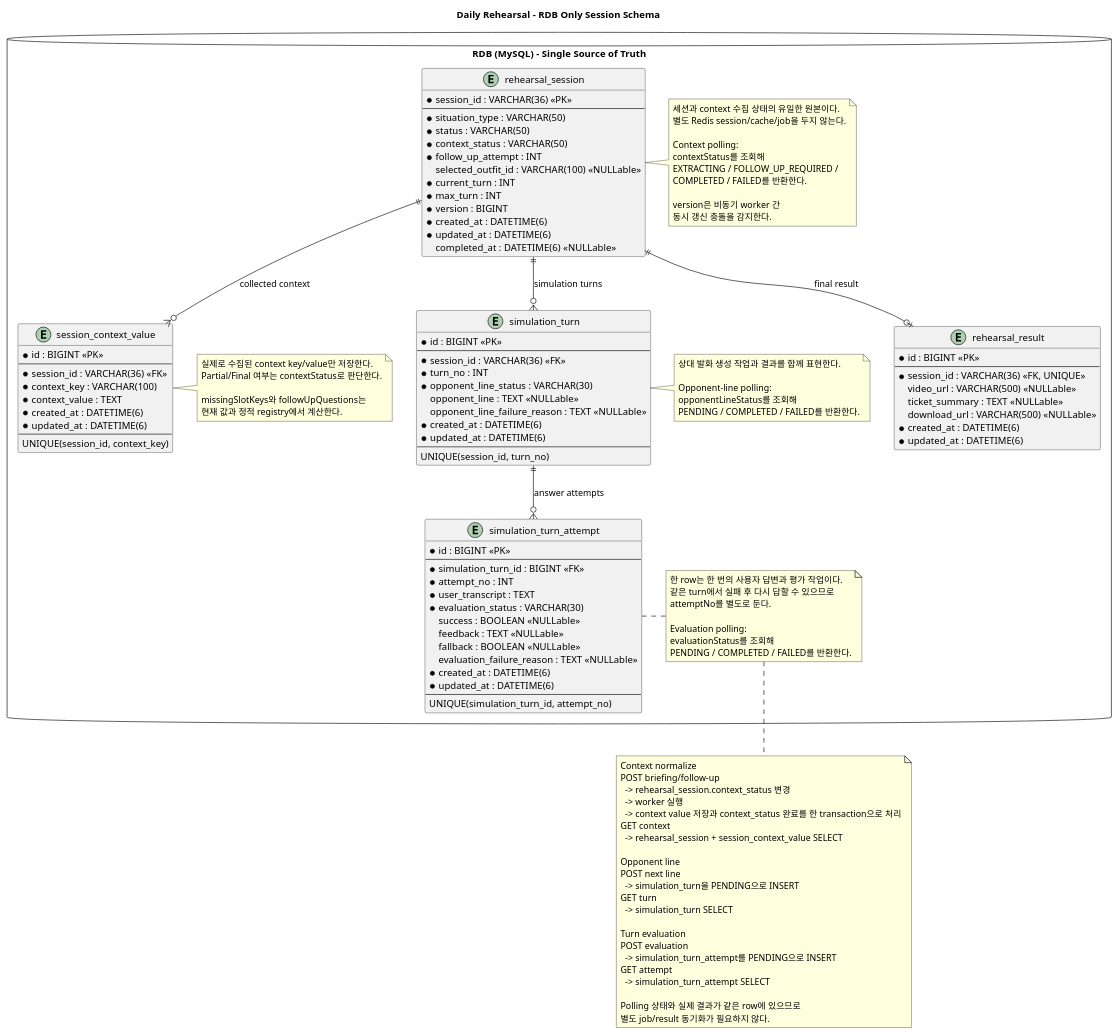
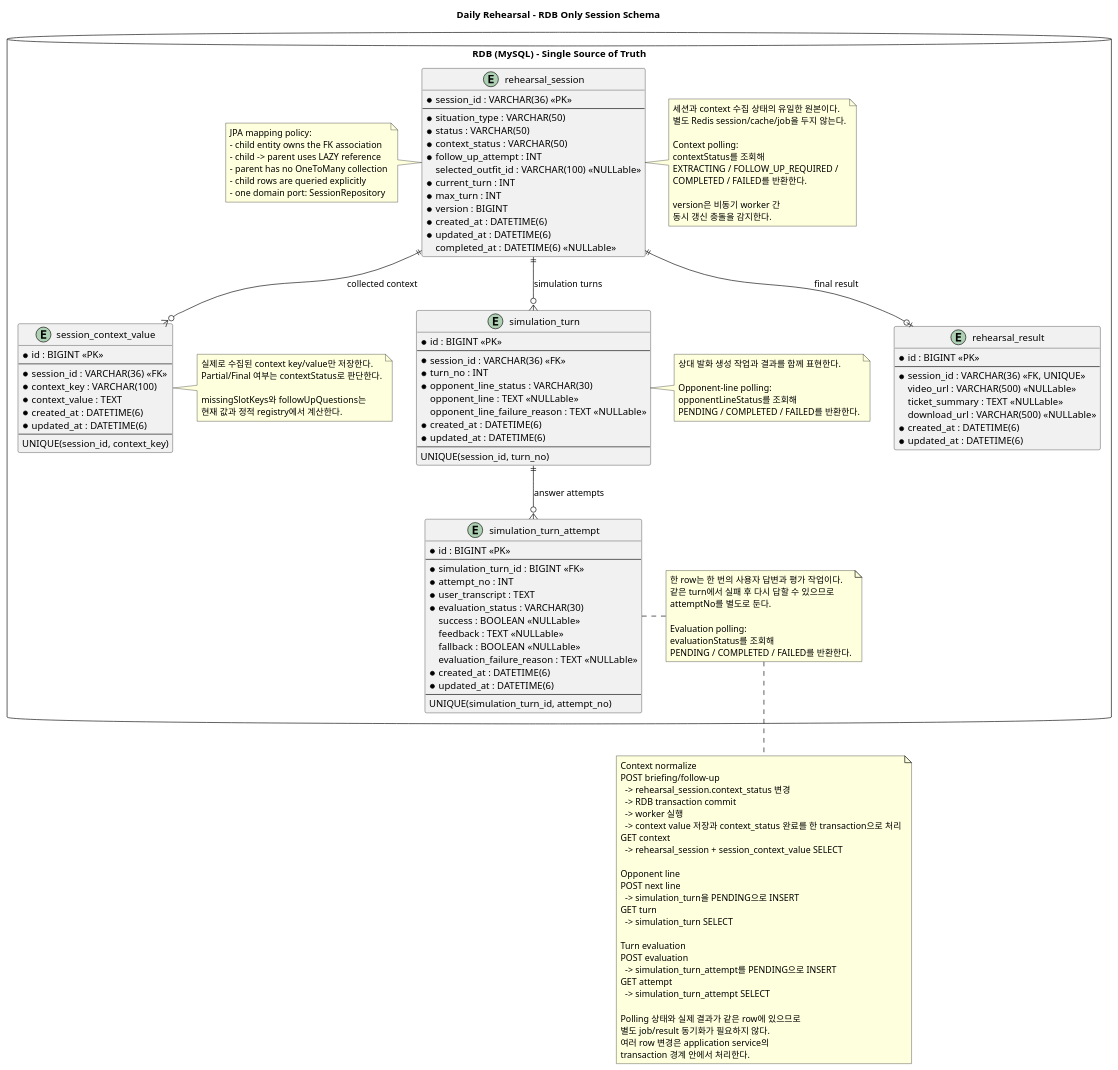
The diagram in backend/rehearsal-modules/docs/erd/session.puml (fhdnwlqkd/daily-rehearsal), drawn with PlantUML before and after one commit. The commit also changed 4 other files, not shown here.

```diff
--- a/backend/rehearsal-modules/docs/erd/session.puml
+++ b/backend/rehearsal-modules/docs/erd/session.puml
@@ -1,149 +1,161 @@
 @startuml
 title Daily Rehearsal - RDB Only Session Schema
 
 hide methods
 hide stereotypes
 
 package "RDB (MySQL) - Single Source of Truth" <<Database>> {
 
   entity "rehearsal_session" as session {
     * session_id : VARCHAR(36) <<PK>>
     --
     * situation_type : VARCHAR(50)
     * status : VARCHAR(50)
     * context_status : VARCHAR(50)
     * follow_up_attempt : INT
     selected_outfit_id : VARCHAR(100) <<NULLable>>
     * current_turn : INT
     * max_turn : INT
     * version : BIGINT
     * created_at : DATETIME(6)
     * updated_at : DATETIME(6)
     completed_at : DATETIME(6) <<NULLable>>
   }
 
   entity "session_context_value" as context_value {
     * id : BIGINT <<PK>>
     --
     * session_id : VARCHAR(36) <<FK>>
     * context_key : VARCHAR(100)
     * context_value : TEXT
     * created_at : DATETIME(6)
     * updated_at : DATETIME(6)
     --
     UNIQUE(session_id, context_key)
   }
 
   entity "simulation_turn" as turn {
     * id : BIGINT <<PK>>
     --
     * session_id : VARCHAR(36) <<FK>>
     * turn_no : INT
     * opponent_line_status : VARCHAR(30)
     opponent_line : TEXT <<NULLable>>
     opponent_line_failure_reason : TEXT <<NULLable>>
     * created_at : DATETIME(6)
     * updated_at : DATETIME(6)
     --
     UNIQUE(session_id, turn_no)
   }
 
   entity "simulation_turn_attempt" as turn_attempt {
     * id : BIGINT <<PK>>
     --
     * simulation_turn_id : BIGINT <<FK>>
     * attempt_no : INT
     * user_transcript : TEXT
     * evaluation_status : VARCHAR(30)
     success : BOOLEAN <<NULLable>>
     feedback : TEXT <<NULLable>>
     fallback : BOOLEAN <<NULLable>>
     evaluation_failure_reason : TEXT <<NULLable>>
     * created_at : DATETIME(6)
     * updated_at : DATETIME(6)
     --
     UNIQUE(simulation_turn_id, attempt_no)
   }
 
   entity "rehearsal_result" as result {
     * id : BIGINT <<PK>>
     --
     * session_id : VARCHAR(36) <<FK, UNIQUE>>
     video_url : VARCHAR(500) <<NULLable>>
     ticket_summary : TEXT <<NULLable>>
     download_url : VARCHAR(500) <<NULLable>>
     * created_at : DATETIME(6)
     * updated_at : DATETIME(6)
   }
 
   session ||--o{ context_value : "collected context"
   session ||--o{ turn : "simulation turns"
   turn ||--o{ turn_attempt : "answer attempts"
   session ||--o| result : "final result"
 
   note right of session
     세션과 context 수집 상태의 유일한 원본이다.
     별도 Redis session/cache/job을 두지 않는다.
 
     Context polling:
     contextStatus를 조회해
     EXTRACTING / FOLLOW_UP_REQUIRED /
     COMPLETED / FAILED를 반환한다.
 
     version은 비동기 worker 간
     동시 갱신 충돌을 감지한다.
   end note
 
+  note left of session
+    JPA mapping policy:
+    - child entity owns the FK association
+    - child -> parent uses LAZY reference
+    - parent has no OneToMany collection
+    - child rows are queried explicitly
+    - one domain port: SessionRepository
+  end note
+
   note right of context_value
     실제로 수집된 context key/value만 저장한다.
     Partial/Final 여부는 contextStatus로 판단한다.
 
     missingSlotKeys와 followUpQuestions는
     현재 값과 정적 registry에서 계산한다.
   end note
 
   note right of turn
     상대 발화 생성 작업과 결과를 함께 표현한다.
 
     Opponent-line polling:
     opponentLineStatus를 조회해
     PENDING / COMPLETED / FAILED를 반환한다.
   end note
 
   note right of turn_attempt
     한 row는 한 번의 사용자 답변과 평가 작업이다.
     같은 turn에서 실패 후 다시 답할 수 있으므로
     attemptNo를 별도로 둔다.
 
     Evaluation polling:
     evaluationStatus를 조회해
     PENDING / COMPLETED / FAILED를 반환한다.
   end note
 }
 
 note bottom
   Context normalize
   POST briefing/follow-up
     -> rehearsal_session.context_status 변경
+    -> RDB transaction commit
     -> worker 실행
     -> context value 저장과 context_status 완료를 한 transaction으로 처리
   GET context
     -> rehearsal_session + session_context_value SELECT
 
   Opponent line
   POST next line
     -> simulation_turn을 PENDING으로 INSERT
   GET turn
     -> simulation_turn SELECT
 
   Turn evaluation
   POST evaluation
     -> simulation_turn_attempt를 PENDING으로 INSERT
   GET attempt
     -> simulation_turn_attempt SELECT
 
   Polling 상태와 실제 결과가 같은 row에 있으므로
   별도 job/result 동기화가 필요하지 않다.
+  여러 row 변경은 application service의
+  transaction 경계 안에서 처리한다.
 end note
 
 @enduml
```
